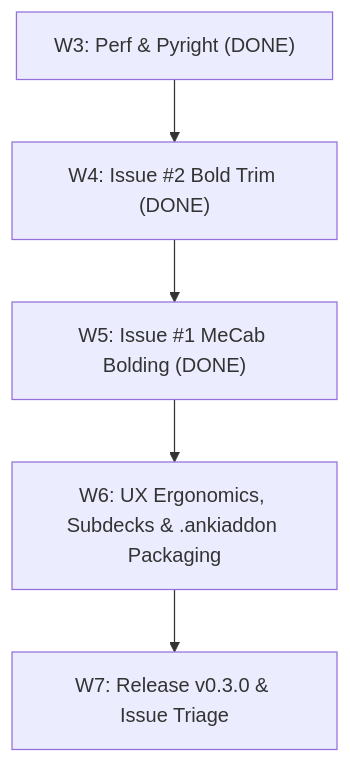
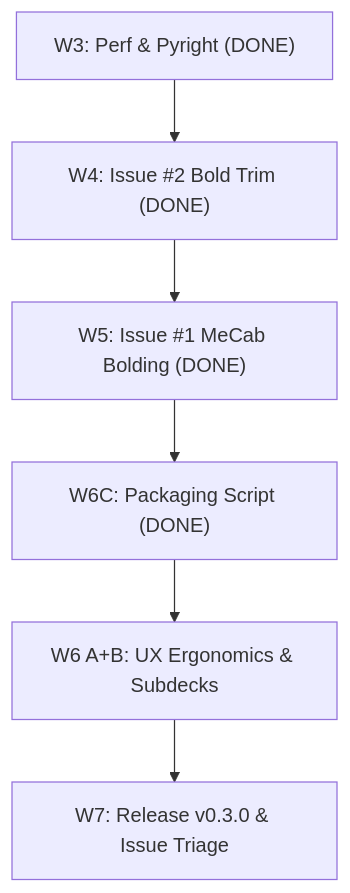
The diagram in HANDOFF.md (cassandre60/anki-mining-backfill), drawn with Mermaid before and after one commit. The commit also changed other lines of this file and 4 other files, not shown here.

First line of the commit message:
feat(packaging): add .ankiaddon build script and tag-triggered release workflow

````diff
--- a/HANDOFF.md
+++ b/HANDOFF.md
@@ -92,7 +97,8 @@
 ```mermaid
 flowchart TD
     W3["W3: Perf & Pyright (DONE)"] --> W4["W4: Issue #2 Bold Trim (DONE)"]
     W4 --> W5["W5: Issue #1 MeCab Bolding (DONE)"]
-    W5 --> W6["W6: UX Ergonomics, Subdecks & .ankiaddon Packaging"]
-    W6 --> W7["W7: Release v0.3.0 & Issue Triage"]
+    W5 --> W6C["W6C: Packaging Script (DONE)"]
+    W6C --> W6AB["W6 A+B: UX Ergonomics & Subdecks"]
+    W6AB --> W7["W7: Release v0.3.0 & Issue Triage"]
 ```
````
